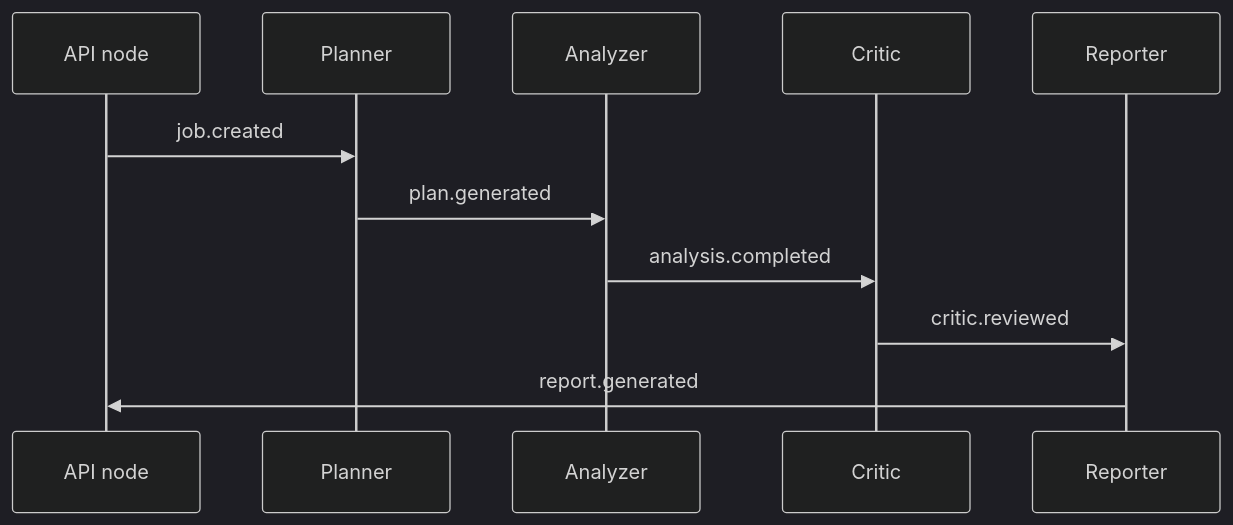
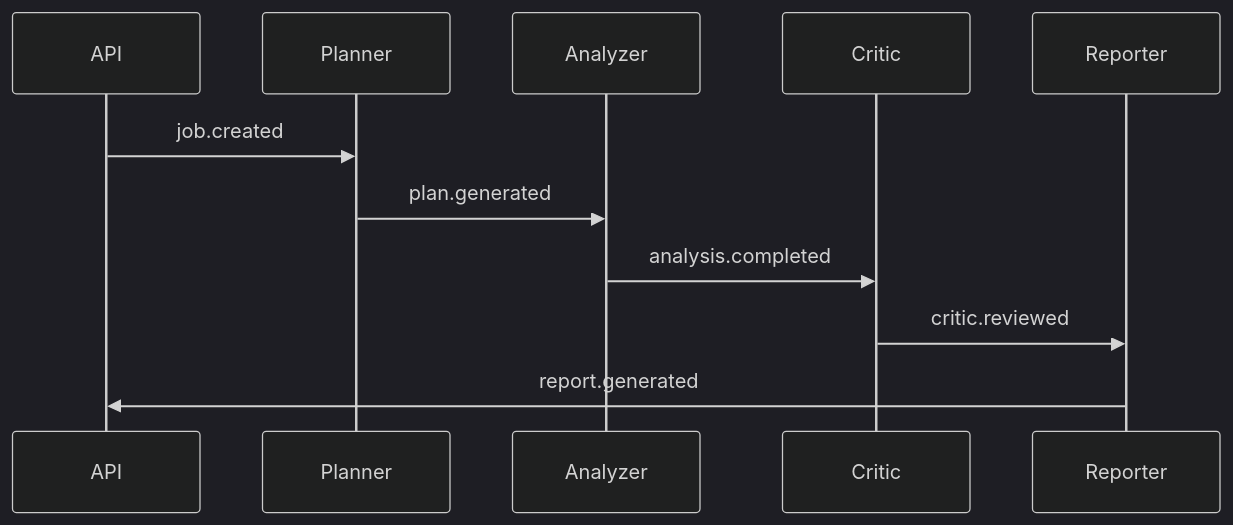
Before and after one commit to KinSvarmo/kinsvarmo: the third of 4 diagrams in README.md, drawn with Mermaid (dark theme). The commit also changed other lines of this file, not shown here.

````diff
--- a/README.md
+++ b/README.md
@@ -154,14 +125,14 @@
 ```mermaid
 sequenceDiagram
-  participant API as API node
-  participant Planner as Planner
-  participant Analyzer as Analyzer
-  participant Critic as Critic
-  participant Reporter as Reporter
+  participant API
+  participant Planner
+  participant Analyzer
+  participant Critic
+  participant Reporter
 
   API->>Planner: job.created
   Planner->>Analyzer: plan.generated
   Analyzer->>Critic: analysis.completed
   Critic->>Reporter: critic.reviewed
   Reporter->>API: report.generated
 ```
````
